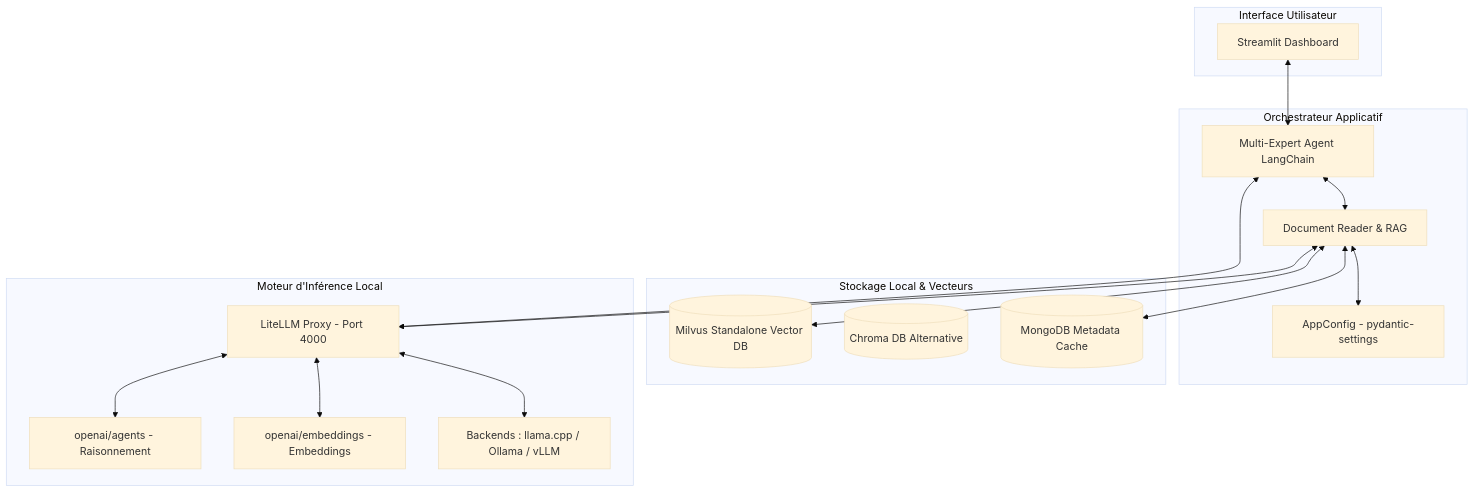
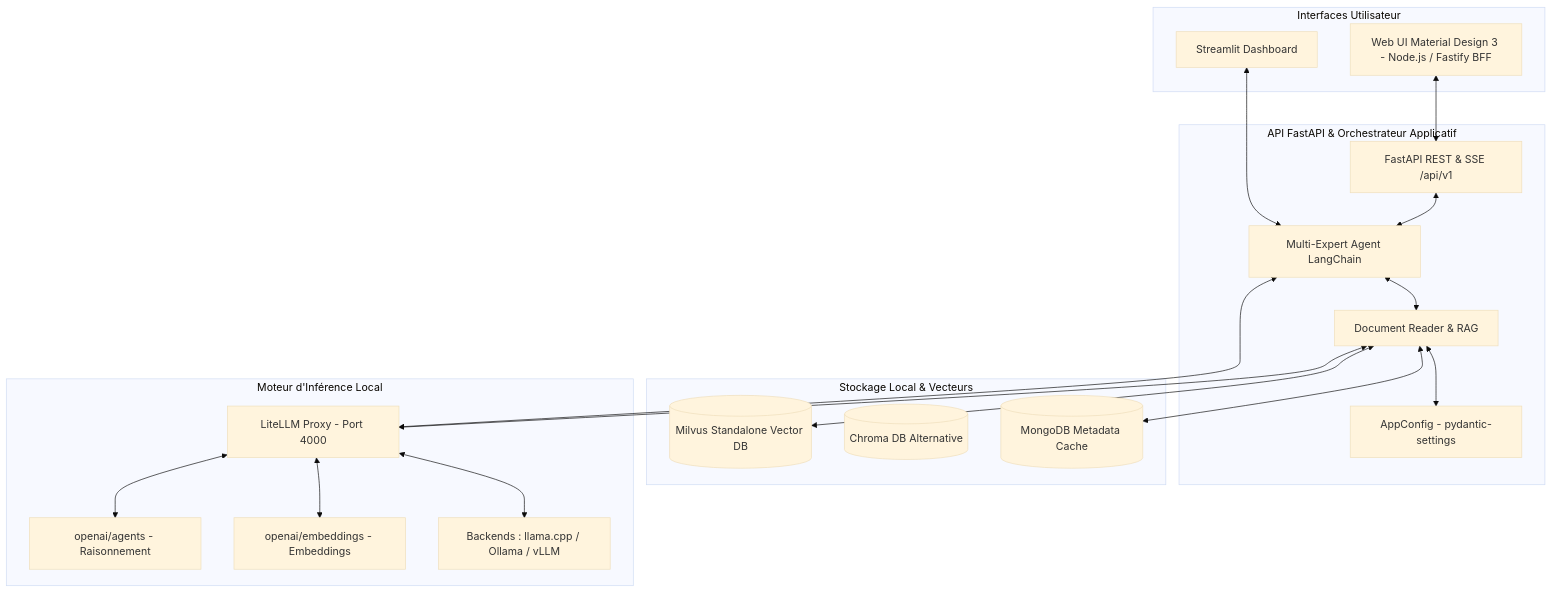
Before and after one commit to oncoflow/oncoflow: the diagram in README.md, drawn with Mermaid (base theme). The commit also changed other lines of this file and 9 other files, not shown here.

````diff
--- a/README.md
+++ b/README.md
@@ -78,36 +79,40 @@
 ```mermaid
 flowchart TB
-    subgraph UI [Interface Utilisateur]
+    subgraph UI [Interfaces Utilisateur]
+        WebM3[Web UI Material Design 3 - Node.js / Fastify BFF]
         Streamlit[Streamlit Dashboard]
     end
 
-    subgraph APP [Orchestrateur Applicatif]
+    subgraph APP [API FastAPI & Orchestrateur Applicatif]
+        FastAPI[FastAPI REST & SSE /api/v1]
         Agent[Multi-Expert Agent LangChain]
         Reader[Document Reader & RAG]
         Config[AppConfig - pydantic-settings]
     end
 
     subgraph DB [Stockage Local & Vecteurs]
         Milvus[(Milvus Standalone Vector DB)]
         Chroma[(Chroma DB Alternative)]
         Mongo[(MongoDB Metadata Cache)]
     end
 
     subgraph AI [Moteur d'Inférence Local]
         LiteLLM[LiteLLM Proxy - Port 4000]
         Agents[openai/agents - Raisonnement]
         Embeddings[openai/embeddings - Embeddings]
         Backends[Backends : llama.cpp / Ollama / vLLM]
     end
 
+    WebM3 <--> FastAPI
+    FastAPI <--> Agent
     Streamlit <--> Agent
     Agent <--> Reader
     Reader <--> Config
     Reader <--> Milvus
     Reader <--> Mongo
     Reader <--> LiteLLM
     Agent <--> LiteLLM
     LiteLLM <--> Agents
     LiteLLM <--> Embeddings
     LiteLLM <--> Backends
 ```
````
